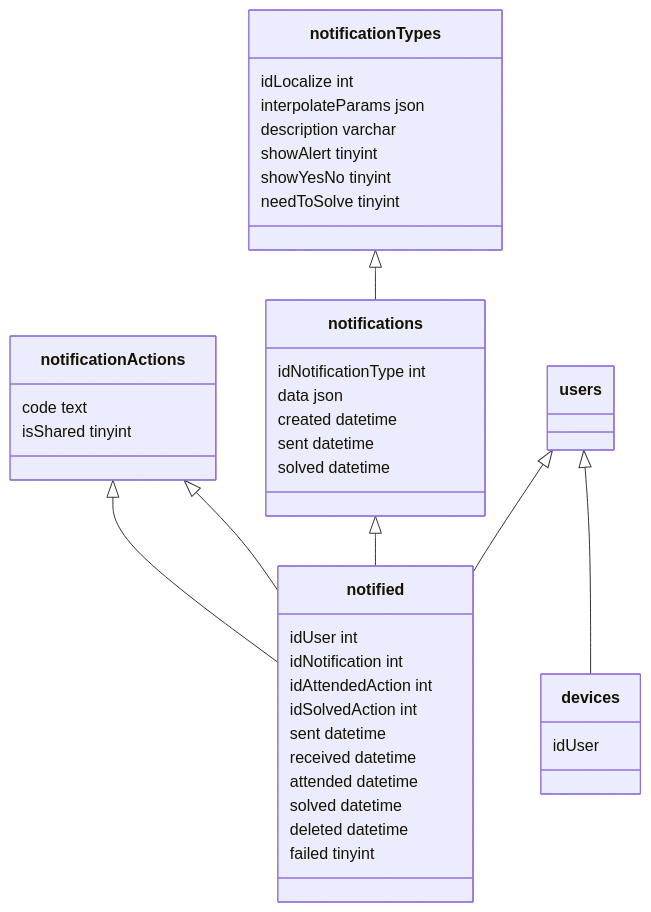
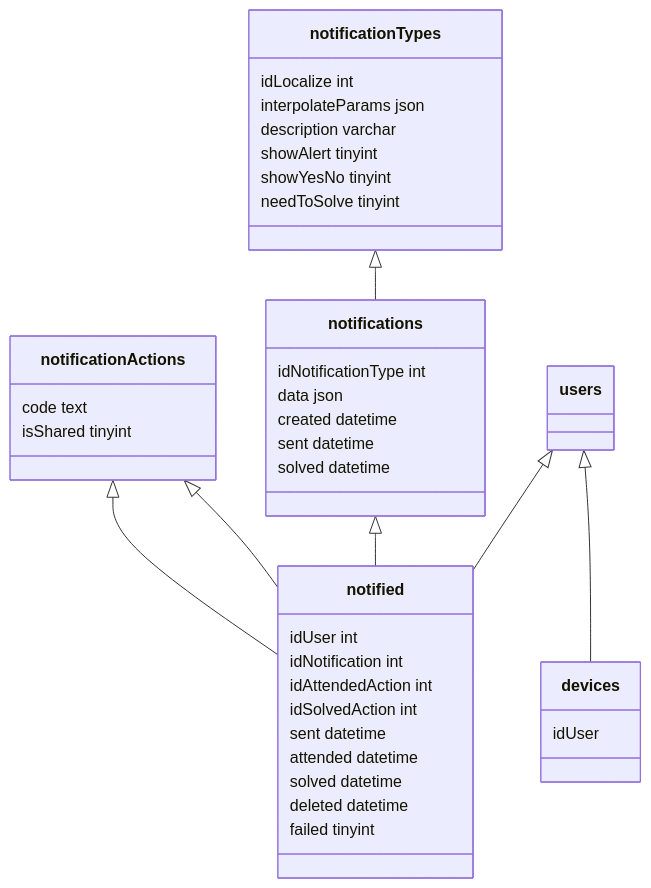
The second of 2 diagrams in doProject/base/core/notifications/README.md (metacodi/precode), drawn with Mermaid before and after one commit. The commit also changed other lines of this file and 309 other files, not shown here.

````diff
--- a/doProject/base/core/notifications/README.md
+++ b/doProject/base/core/notifications/README.md
@@ -42,44 +41,43 @@
   ```mermaid
   classDiagram
     notificationActions <|-- notified
     notificationActions <|-- notified
     notificationTypes <|-- notifications
     notifications <|-- notified
     users <|-- notified
     users <|-- devices
 
     devices: idUser
 
     class notificationActions {
       code text
       isShared tinyint
     }
 
     class notificationTypes {
       idLocalize int
       interpolateParams json 
       description varchar
       showAlert tinyint
       showYesNo tinyint
       needToSolve tinyint
     }
     class notifications {
       idNotificationType int
       data json 
       created datetime 
       sent datetime 
       solved datetime
     }
     class notified{
       idUser int
       idNotification int
       idAttendedAction int
       idSolvedAction int
       sent datetime 
-      received datetime 
       attended datetime 
       solved datetime 
       deleted datetime 
       failed tinyint
     }
   ```
````
